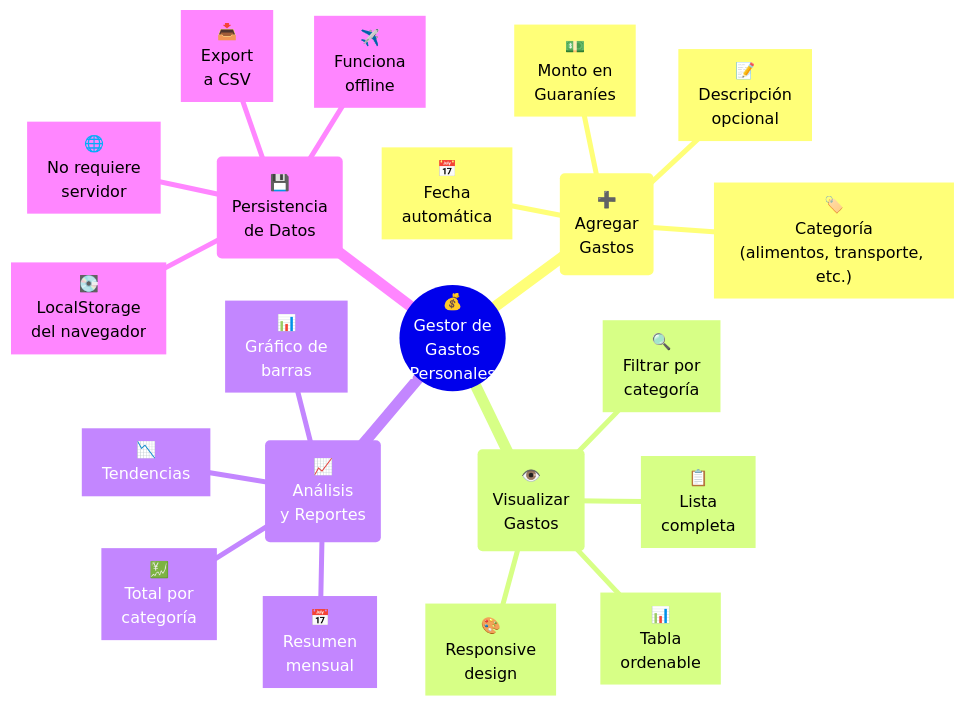
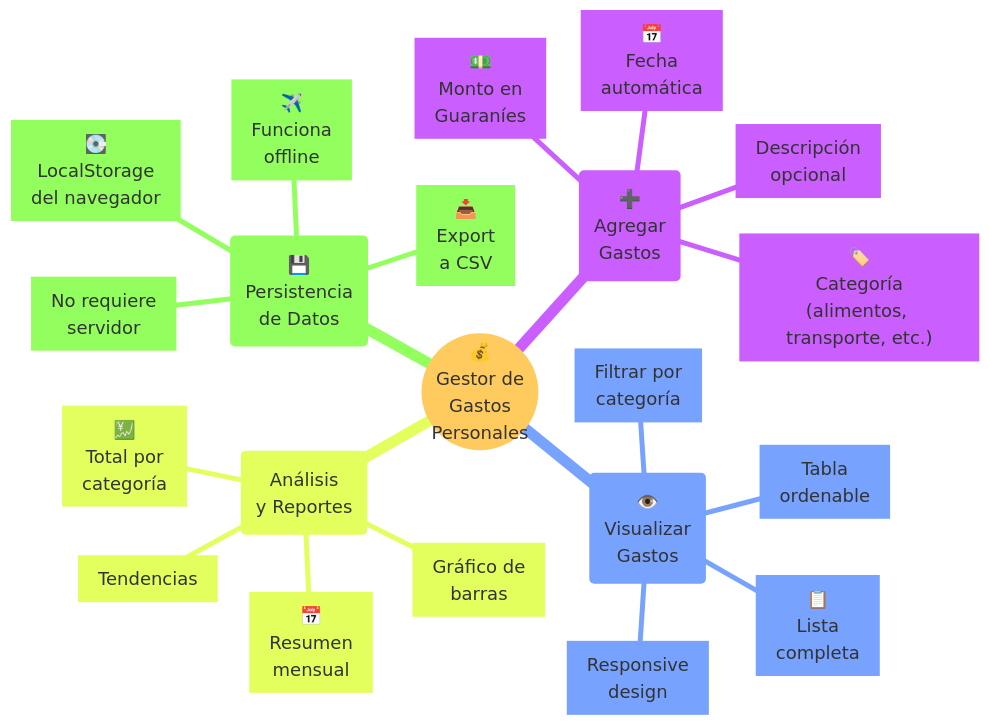
The second of 8 diagrams in courses/🟡-development/FPUNA-2026/00-FUNDAMENTOS-PRINCIPALES/05-proyecto-en-vivo.md (Ai-Whisperers/Courses-Content), drawn with Mermaid before and after one commit. The commit also changed other lines of this file and 47 other files, not shown here.

First line of the commit message:
fix: Make all 473 diagrams WCAG AAA accessible (FPUNA-2026)

````diff
--- a/courses/🟡-development/FPUNA-2026/00-FUNDAMENTOS-PRINCIPALES/05-proyecto-en-vivo.md
+++ b/courses/🟡-development/FPUNA-2026/00-FUNDAMENTOS-PRINCIPALES/05-proyecto-en-vivo.md
@@ -93,24 +94,25 @@
 ```mermaid
+%%{init: {'theme':'base', 'themeVariables': {'fontSize':'18px'}}}%%
 mindmap
   root(("💰<br/>Gestor de<br/>Gastos<br/>Personales"))
     ("➕<br/>Agregar<br/>Gastos")
       ["💵<br/>Monto en<br/>Guaraníes"]
       ["🏷️<br/>Categoría<br/>(alimentos, transporte, etc.)"]
-      ["📝<br/>Descripción<br/>opcional"]
+      ["Descripción<br/>opcional"]
       ["📅<br/>Fecha<br/>automática"]
     ("👁️<br/>Visualizar<br/>Gastos")
       ["📋<br/>Lista<br/>completa"]
-      ["🔍<br/>Filtrar por<br/>categoría"]
-      ["📊<br/>Tabla<br/>ordenable"]
-      ["🎨<br/>Responsive<br/>design"]
-    ("📈<br/>Análisis<br/>y Reportes")
+      ["Filtrar por<br/>categoría"]
+      ["Tabla<br/>ordenable"]
+      ["Responsive<br/>design"]
+    ("Análisis<br/>y Reportes")
       ["💹<br/>Total por<br/>categoría"]
-      ["📊<br/>Gráfico de<br/>barras"]
+      ["Gráfico de<br/>barras"]
       ["📅<br/>Resumen<br/>mensual"]
-      ["📉<br/>Tendencias"]
+      ["Tendencias"]
     ("💾<br/>Persistencia<br/>de Datos")
       ["💽<br/>LocalStorage<br/>del navegador"]
-      ["🌐<br/>No requiere<br/>servidor"]
+      ["No requiere<br/>servidor"]
       ["✈️<br/>Funciona<br/>offline"]
       ["📥<br/>Export<br/>a CSV"]
 ```
````
